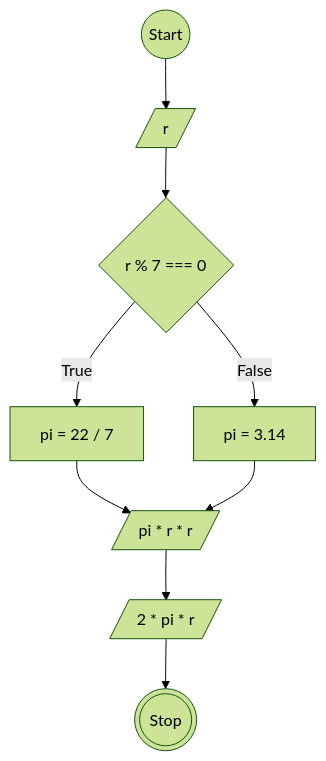
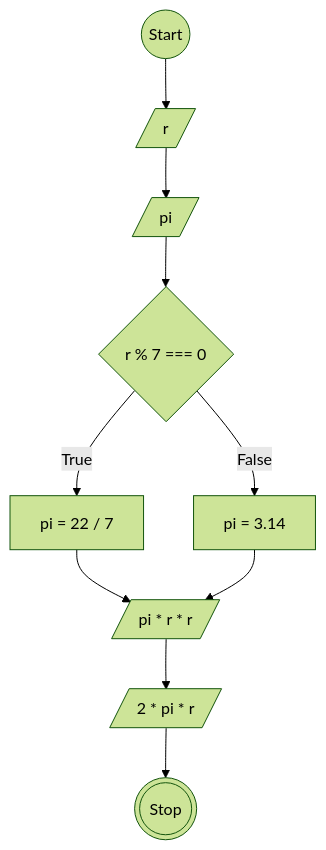
Before and after one commit to aldi-ardyansah/koda-b10-javascript1: the diagram in README.md, drawn with Mermaid (forest theme).

````diff
--- a/README.md
+++ b/README.md
@@ -6,19 +6,21 @@
 ```mermaid
     flowchart TD
     A((Start))
     B[/r/]
-    C{r % 7 === 0}
-    D[pi = 22 / 7]
-    E[pi = 3.14]
-    F[/pi * r * r/]
-    G[/2 * pi * r/]
+    C[/pi/]
+    D{r % 7 === 0}
+    E[pi = 22 / 7]
+    F[pi = 3.14]
+    G[/pi * r * r/]
+    H[/2 * pi * r/]
     Z(((Stop)))
 
     A --> B --> C
-    C --True--> D
-    C --False--> E
-    D --> F
-    E --> F
+    C --> D
+    D --True--> E
+    D --False--> F
+    E --> G
     F --> G
-    G --> Z
+    G --> H
+    H --> Z
 ```
````
